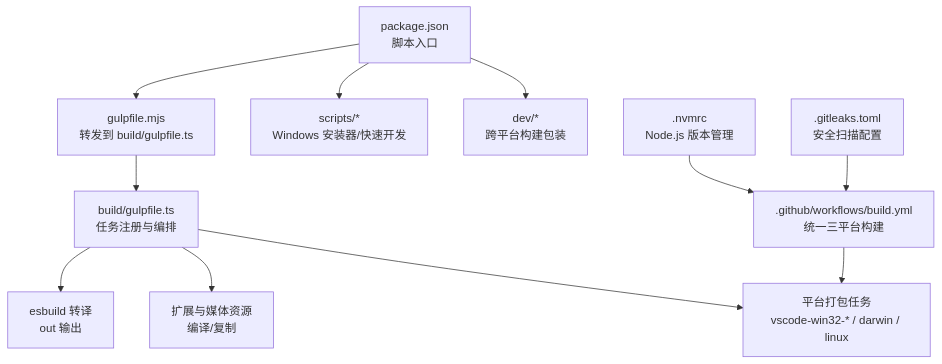
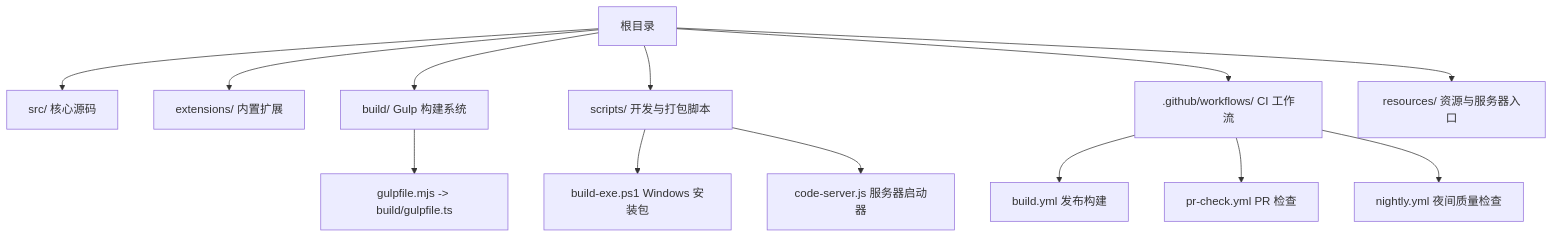
Before and after one commit to sofate798/KodrixCode: the first of 7 diagrams in .qoder/repowiki/zh/content/构建与部署/构建与部署.md, drawn with Mermaid. The commit also changed other lines of this file and 178 other files, not shown here.

````diff
--- a/.qoder/repowiki/zh/content/构建与部署/构建与部署.md
+++ b/.qoder/repowiki/zh/content/构建与部署/构建与部署.md
@@ -55,13 +41,15 @@
 ```mermaid
 graph TB
-A["package.json<br/>脚本入口"] --> B["gulpfile.mjs<br/>转发到 build/gulpfile.ts"]
-B --> C["build/gulpfile.ts<br/>任务注册与编排"]
-C --> D["esbuild 转译<br/>out 输出"]
-C --> E["扩展与媒体资源<br/>编译/复制"]
-C --> F["平台打包任务<br/>vscode-win32-* / darwin / linux"]
-A --> G["scripts/*<br/>Windows 安装器/快速开发"]
-A --> H["dev/*<br/>跨平台构建包装"]
-I[".github/workflows/build.yml<br/>统一三平台构建"] --> F
-J[".nvmrc<br/>Node.js 版本管理"] --> I
-K[".gitleaks.toml<br/>安全扫描配置"] --> I
+A["根目录"] --> B["src/ 核心源码"]
+A --> C["extensions/ 内置扩展"]
+A --> D["build/ Gulp 构建系统"]
+A --> E["scripts/ 开发与打包脚本"]
+A --> F[".github/workflows/ CI 工作流"]
+A --> G["resources/ 资源与服务器入口"]
+D --> D1["gulpfile.mjs -> build/gulpfile.ts"]
+E --> E1["build-exe.ps1 Windows 安装包"]
+E --> E2["code-server.js 服务器启动器"]
+F --> F1["build.yml 发布构建"]
+F --> F2["pr-check.yml PR 检查"]
+F --> F3["nightly.yml 夜间质量检查"]
 ```
````
